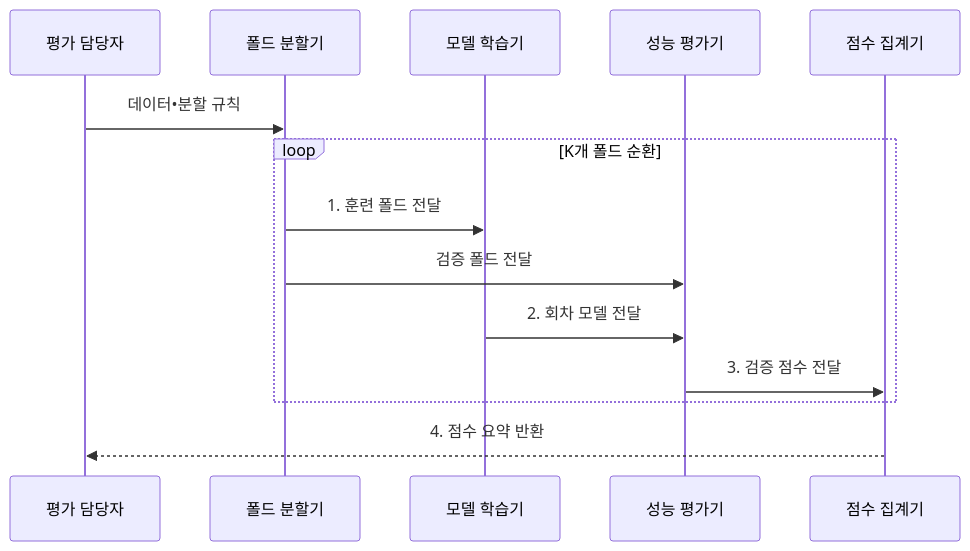
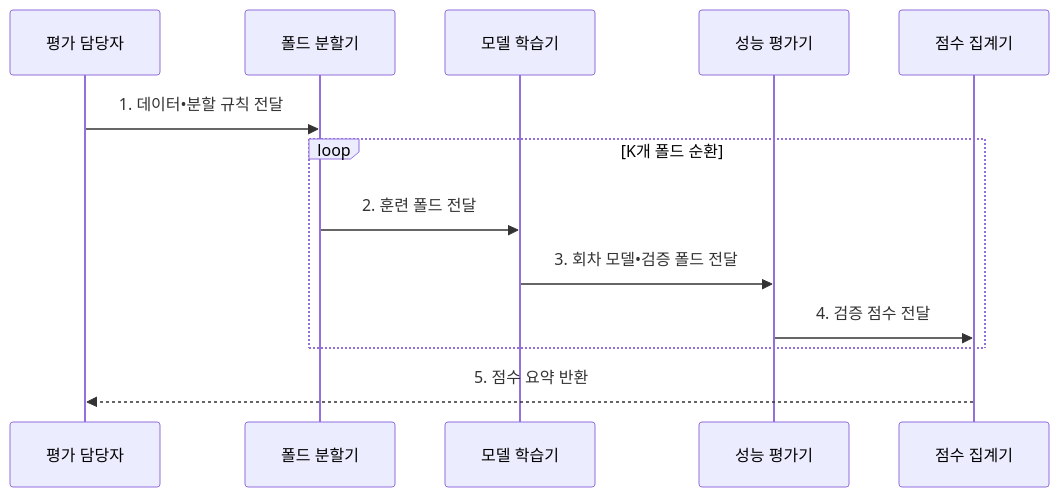
Before and after one commit to agnusdei1207/knowledge-base: the second of 2 diagrams in src/content/docs/notes/01-basic-theory/038_k_fold_cv.md, drawn with Mermaid. The commit also changed other lines of this file and 26 other files, not shown here.

````diff
--- a/src/content/docs/notes/01-basic-theory/038_k_fold_cv.md
+++ b/src/content/docs/notes/01-basic-theory/038_k_fold_cv.md
@@ -81,16 +81,15 @@
 ```mermaid
 sequenceDiagram
     participant Q as 평가 담당자
     participant S as 폴드 분할기
     participant M as 모델 학습기
     participant E as 성능 평가기
     participant G as 점수 집계기
-    Q->>S: 데이터•분할 규칙
+    Q->>S: 1. 데이터•분할 규칙 전달
     loop K개 폴드 순환
-        S->>M: 1. 훈련 폴드 전달
-        S->>E: 검증 폴드 전달
-        M->>E: 2. 회차 모델 전달
-        E->>G: 3. 검증 점수 전달
+        S->>M: 2. 훈련 폴드 전달
+        M->>E: 3. 회차 모델•검증 폴드 전달
+        E->>G: 4. 검증 점수 전달
     end
-    G-->>Q: 4. 점수 요약 반환
+    G-->>Q: 5. 점수 요약 반환
 ```
````
